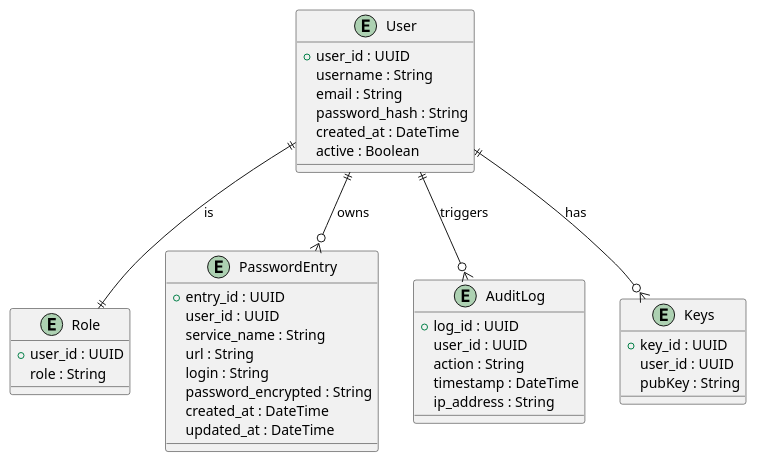
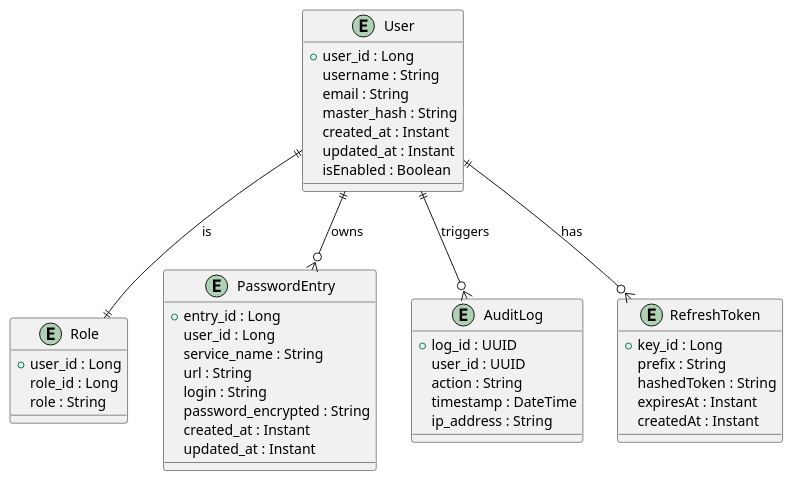
One commit to KittySecurity/kittysecurity-devops changed the diagram in erd.puml. Above: the diagram before and after it, drawn with PlantUML.

Commit message:
Update erd Diagram

```diff
--- a/erd.puml
+++ b/erd.puml
@@ -1,45 +1,49 @@
 @startuml
 entity Role {
-    +user_id : UUID
+    +user_id : Long
+    role_id : Long
     role : String
 }
 
 entity User {
-    +user_id : UUID
+    +user_id : Long
     username : String
     email : String
-    password_hash : String
-    created_at : DateTime
-    active : Boolean
+    master_hash : String
+    created_at : Instant
+    updated_at : Instant
+    isEnabled : Boolean
 }
 
 entity PasswordEntry {
-    +entry_id : UUID
-    user_id : UUID
+    +entry_id : Long
+    user_id : Long
     service_name : String
     url : String
     login : String
     password_encrypted : String
-    created_at : DateTime
-    updated_at : DateTime
+    created_at : Instant
+    updated_at : Instant
 }
 
 entity AuditLog {
     +log_id : UUID
     user_id : UUID
     action : String
     timestamp : DateTime
     ip_address : String
 }
 
-entity Keys {
-    +key_id : UUID
-    user_id : UUID
-    pubKey : String
+entity RefreshToken {
+    +key_id : Long
+    prefix : String
+    hashedToken : String
+    expiresAt : Instant
+    createdAt : Instant
 }
 
-User ||--o{ Keys : "has"
+User ||--o{ RefreshToken : "has"
 User ||--|| Role : "is"
 User ||--o{ PasswordEntry : "owns"
 User ||--o{ AuditLog : "triggers"
 @enduml
```
